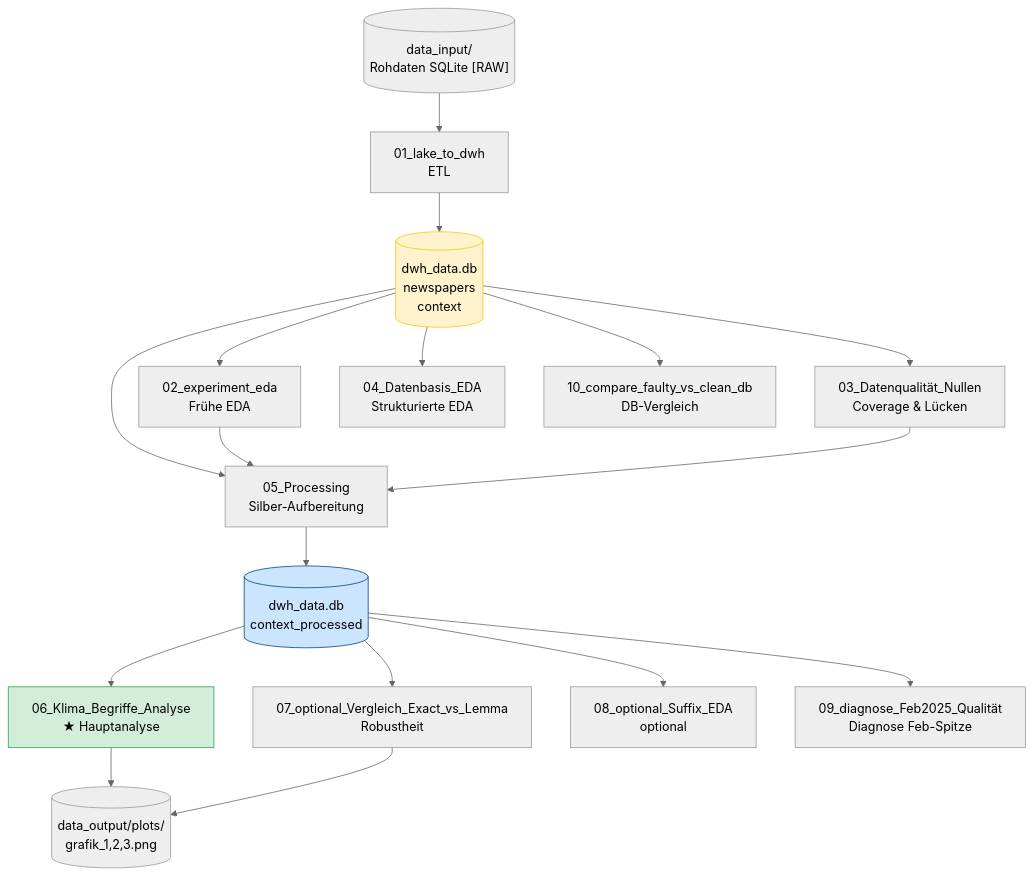
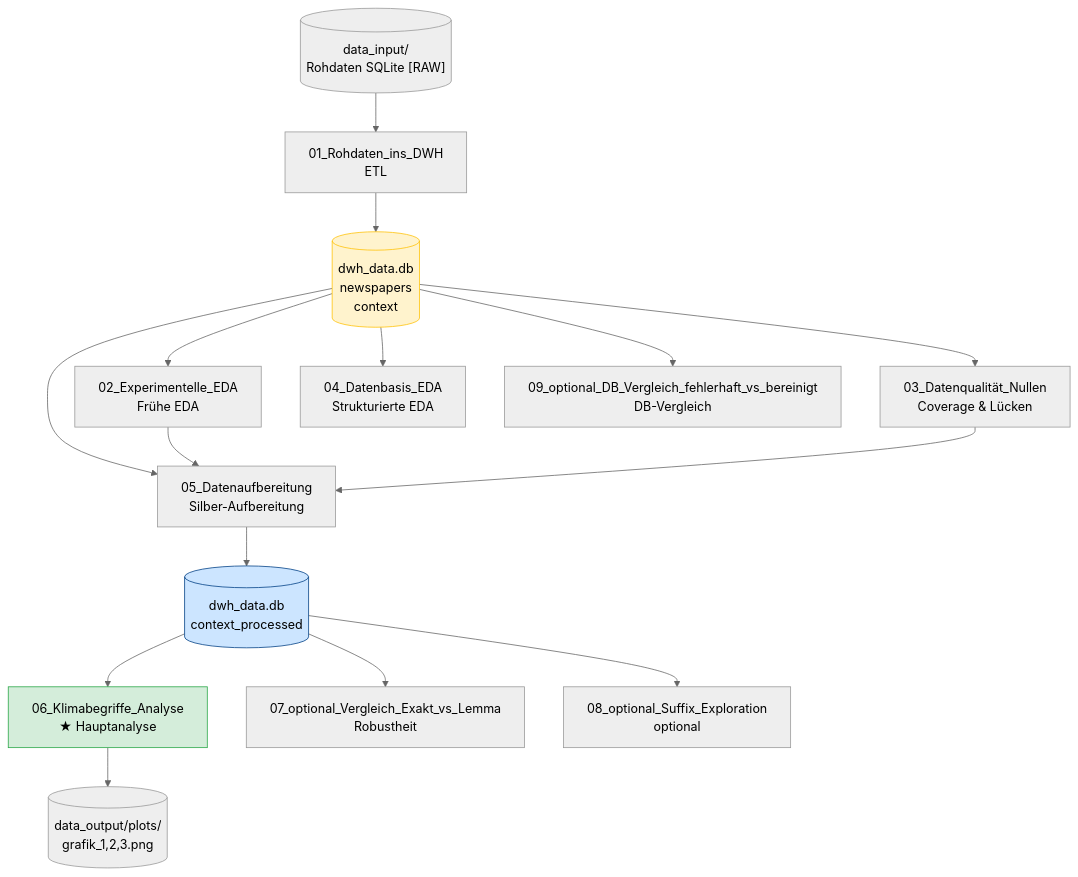
Before and after one commit to butburg/wortwandel: the diagram in non_code/ER_Datenmodell.md, drawn with Mermaid (neutral theme). The commit also changed 14 other files, not shown here.

````diff
--- a/non_code/ER_Datenmodell.md
+++ b/non_code/ER_Datenmodell.md
@@ -20,30 +20,28 @@
 ```mermaid
 flowchart TD
     RAW[("data_input/\nRohdaten SQLite [RAW]")]
 
-    RAW --> NB01["01_lake_to_dwh\nETL"]
+    RAW --> NB01["01_Rohdaten_ins_DWH\nETL"]
     NB01 --> BRONZE[("dwh_data.db\nnewspapers\ncontext")]
 
-    BRONZE --> NB02["02_experiment_eda\nFrühe EDA"]
+    BRONZE --> NB02["02_Experimentelle_EDA\nFrühe EDA"]
     BRONZE --> NB03["03_Datenqualität_Nullen\nCoverage & Lücken"]
     BRONZE --> NB04["04_Datenbasis_EDA\nStrukturierte EDA"]
-    BRONZE --> NB05["05_Processing\nSilber-Aufbereitung"]
+    BRONZE --> NB05["05_Datenaufbereitung\nSilber-Aufbereitung"]
 
     NB02 --> NB05
     NB03 --> NB05
 
     NB05 --> SILVER[("dwh_data.db\ncontext_processed")]
 
-    SILVER --> NB06["06_Klima_Begriffe_Analyse\n★ Hauptanalyse"]
-    SILVER --> NB07["07_optional_Vergleich_Exact_vs_Lemma\nRobustheit"]
-    SILVER --> NB08["08_optional_Suffix_EDA\noptional"]
-    SILVER --> NB09["09_diagnose_Feb2025_Qualität\nDiagnose Feb-Spitze"]
-    BRONZE --> NB10["10_compare_faulty_vs_clean_db\nDB-Vergleich"]
+    SILVER --> NB06["06_Klimabegriffe_Analyse\n★ Hauptanalyse"]
+    SILVER --> NB07["07_optional_Vergleich_Exakt_vs_Lemma\nRobustheit"]
+    SILVER --> NB08["08_optional_Suffix_Exploration\noptional"]
+    BRONZE --> NB09["09_optional_DB_Vergleich_fehlerhaft_vs_bereinigt\nDB-Vergleich"]
 
     NB06 --> PLOTS[("data_output/plots/\ngrafik_1,2,3.png")]
-    NB07 --> PLOTS
 
     style NB06 fill:#d4edda,stroke:#28a745
     style BRONZE fill:#fff3cd,stroke:#ffc107
     style SILVER fill:#cce5ff,stroke:#004085
 ```
````
